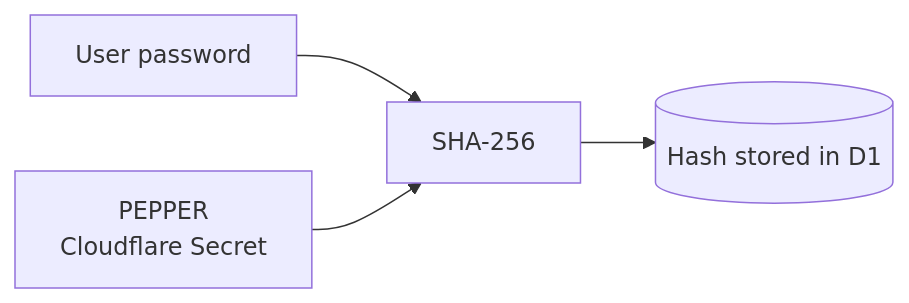
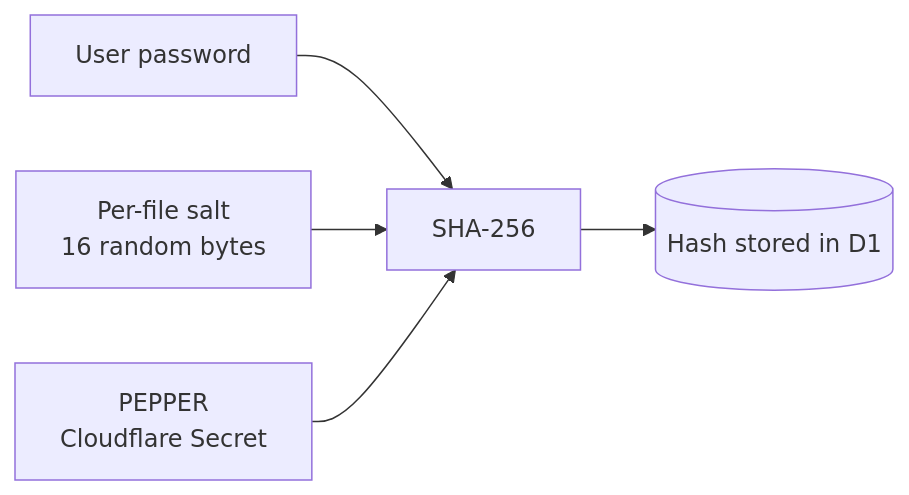
The third of 5 diagrams in README.md (maciekaz/Edge-Secrets), drawn with Mermaid before and after one commit. The commit also changed other lines of this file, not shown here.

First line of the commit message:
docs: fix broken mermaid diagrams (literal \n, self-loops)

````diff
--- a/README.md
+++ b/README.md
@@ -163,6 +169,7 @@
 ```mermaid
 flowchart LR
     P[User password] --> H[SHA-256]
-    K[PEPPER\nCloudflare Secret] --> H
+    S[Per-file salt<br/>16 random bytes] --> H
+    K[PEPPER<br/>Cloudflare Secret] --> H
     H --> DB[(Hash stored in D1)]
 ```
````
